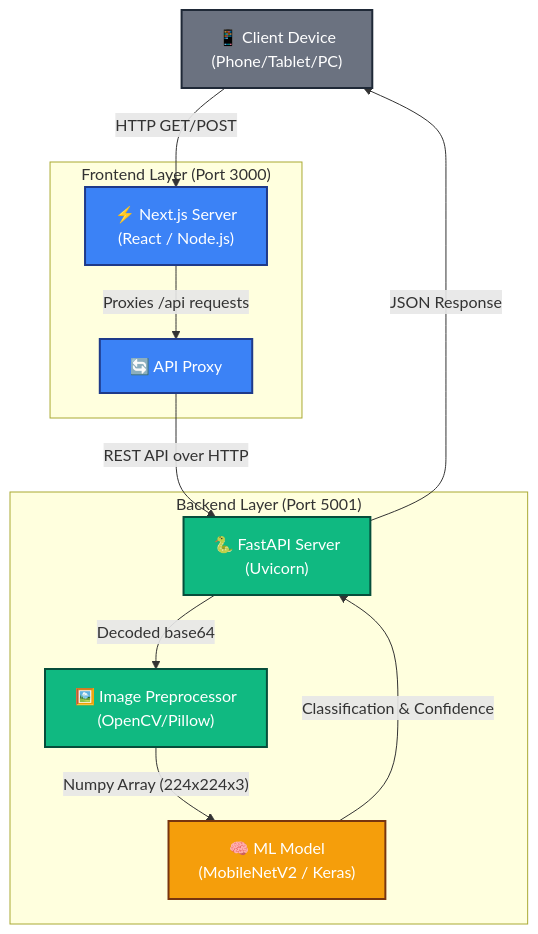
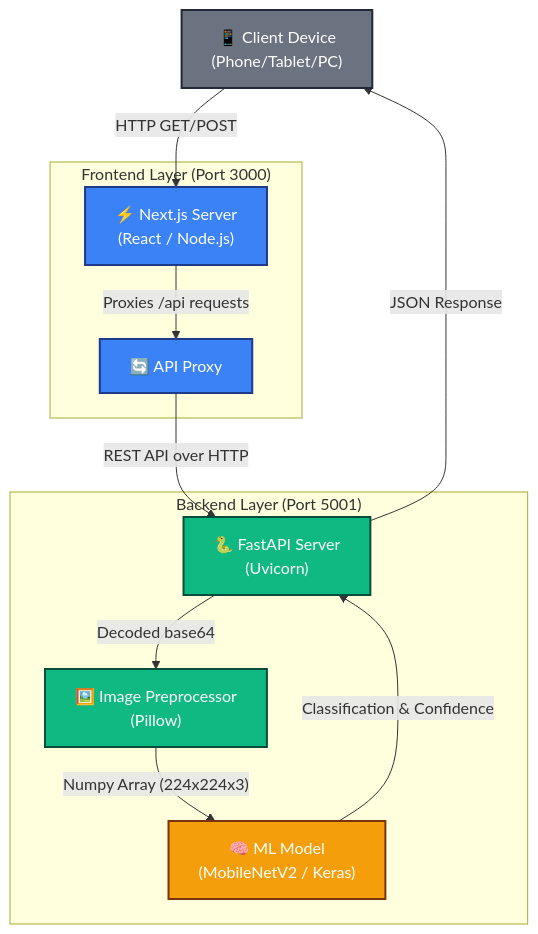
One commit to Tonailhan/ac-inspect changed the diagram in docs/architecture.md. Above: the diagram before and after it, drawn with Mermaid. The commit also changed 2 other files, not shown here.

Commit message:
Remove remaining OpenCV references; dedup import in deprecated script
OpenCV appears nowhere in the code or requirements; the image path is
Pillow + NumPy only. Second-pass sweep also caught the architecture diagram.

````diff
--- a/docs/architecture.md
+++ b/docs/architecture.md
@@ -9,32 +9,32 @@
 ```mermaid
 graph TD
     %% Define styles
     classDef frontend fill:#3b82f6,stroke:#1e3a8a,stroke-width:2px,color:#fff
     classDef backend fill:#10b981,stroke:#064e3b,stroke-width:2px,color:#fff
     classDef ml fill:#f59e0b,stroke:#78350f,stroke-width:2px,color:#fff
     classDef client fill:#6b7280,stroke:#1f2937,stroke-width:2px,color:#fff
 
     %% Components
     Client["📱 Client Device<br/>(Phone/Tablet/PC)"]:::client
     
     subgraph "Frontend Layer (Port 3000)"
         NextJS["⚡ Next.js Server<br/>(React / Node.js)"]:::frontend
         Proxy["🔄 API Proxy"]:::frontend
     end
     
     subgraph "Backend Layer (Port 5001)"
         FastAPI["🐍 FastAPI Server<br/>(Uvicorn)"]:::backend
-        Preprocessor["🖼️ Image Preprocessor<br/>(OpenCV/Pillow)"]:::backend
+        Preprocessor["🖼️ Image Preprocessor<br/>(Pillow)"]:::backend
         Model["🧠 ML Model<br/>(MobileNetV2 / Keras)"]:::ml
     end
 
     %% Connections
     Client -- "HTTP GET/POST" --> NextJS
     NextJS -- "Proxies /api requests" --> Proxy
     Proxy -- "REST API over HTTP" --> FastAPI
     
     FastAPI -- "Decoded base64" --> Preprocessor
     Preprocessor -- "Numpy Array (224x224x3)" --> Model
     Model -- "Classification & Confidence" --> FastAPI
     FastAPI -- "JSON Response" --> Client
 ```
````
